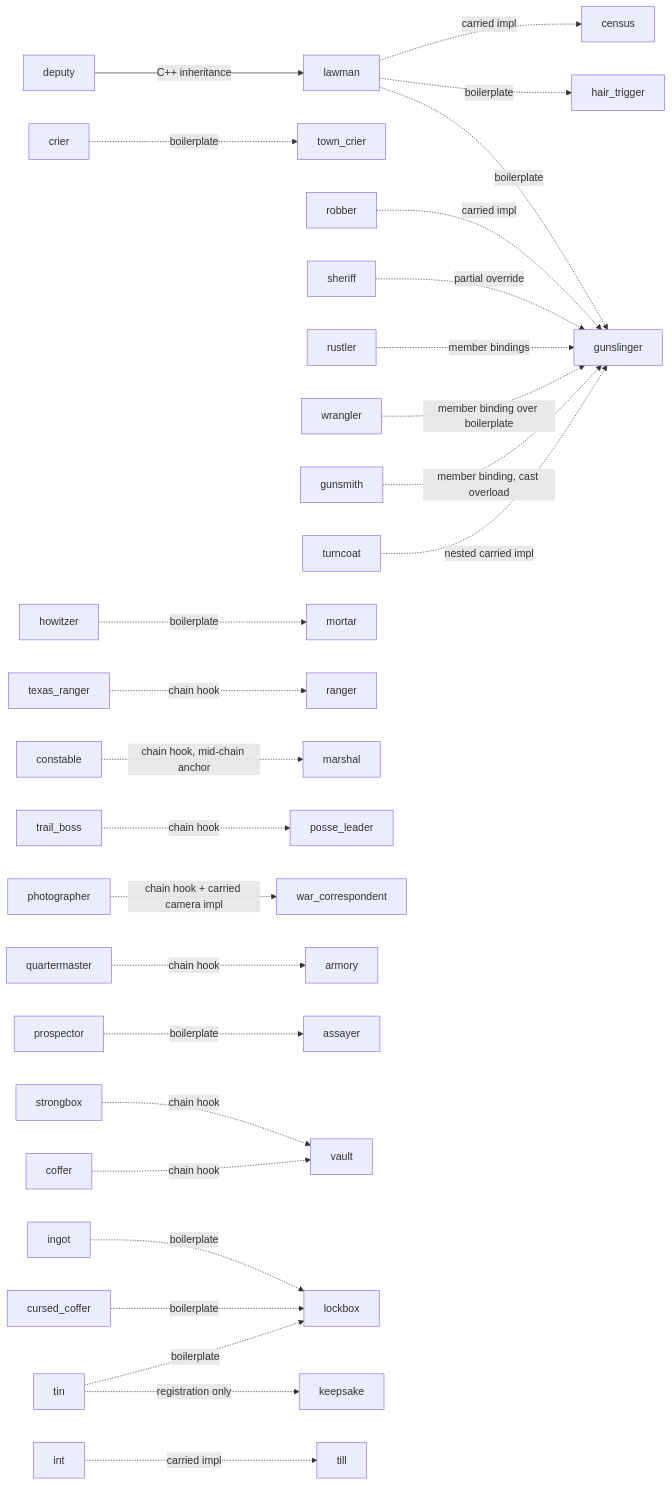
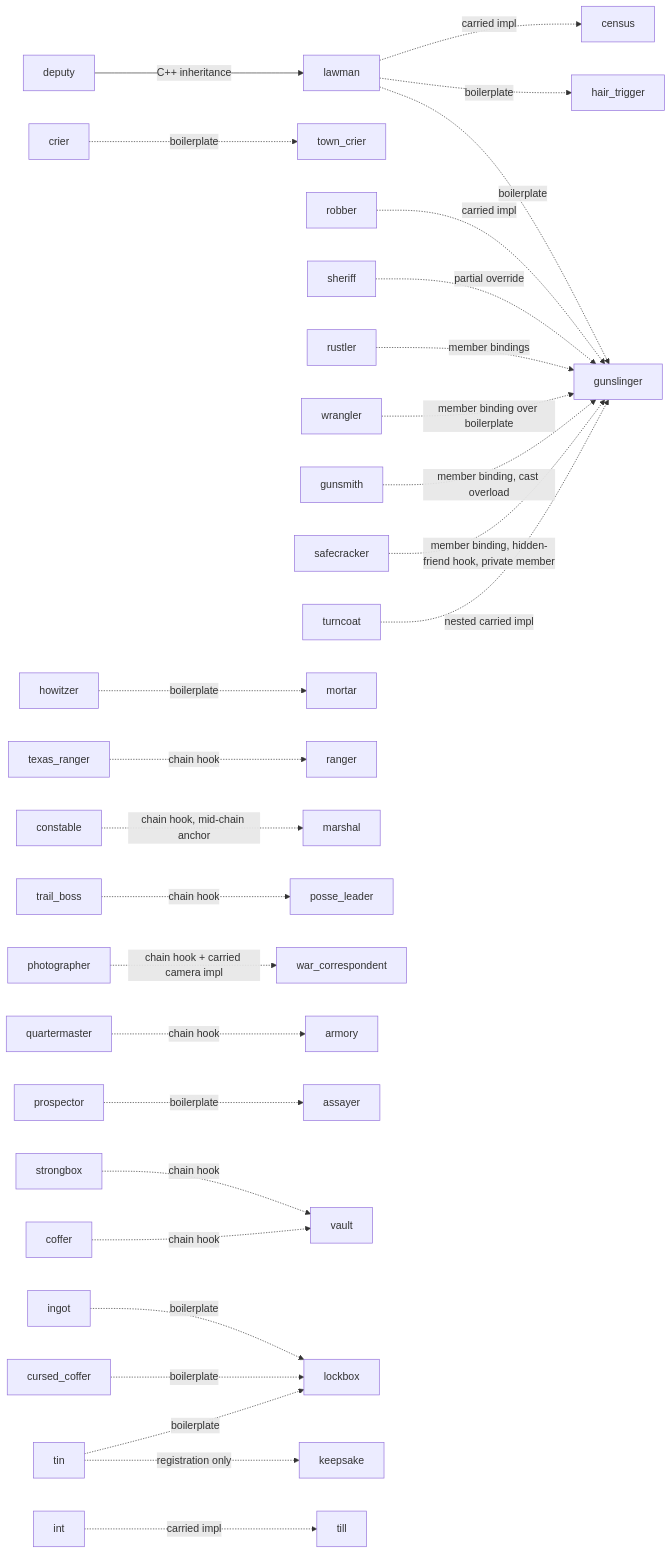
The eighth of 8 diagrams in corvid/meta/invoke/proxy.md (stevensudit/Corvid), drawn with Mermaid before and after one commit. The commit also changed other lines of this file and 2 other files, not shown here.

````diff
--- a/corvid/meta/invoke/proxy.md
+++ b/corvid/meta/invoke/proxy.md
@@ -2064,27 +2085,28 @@
 ```mermaid
 flowchart LR
     lawman -.->|boilerplate| gunslinger & hair_trigger
     lawman -.->|carried impl| census
     crier -.->|boilerplate| town_crier
     deputy -->|C++ inheritance| lawman
     robber -.->|carried impl| gunslinger
     sheriff -.->|partial override| gunslinger
     rustler -.->|member bindings| gunslinger
     wrangler -.->|member binding over boilerplate| gunslinger
     gunsmith -.->|member binding, cast overload| gunslinger
+    safecracker -.->|member binding, hidden-friend hook, private member| gunslinger
     turncoat -.->|nested carried impl| gunslinger
     howitzer -.->|boilerplate| mortar
     texas_ranger -.->|chain hook| ranger
     constable -.->|"chain hook, mid-chain anchor"| marshal
     trail_boss -.->|chain hook| posse_leader
     photographer -.->|"chain hook + carried camera impl"| war_correspondent
     quartermaster -.->|chain hook| armory
     prospector -.->|boilerplate| assayer
     strongbox -.->|chain hook| vault
     coffer -.->|chain hook| vault
     ingot -.->|boilerplate| lockbox
     cursed_coffer -.->|boilerplate| lockbox
     tin -.->|boilerplate| lockbox
     tin -.->|registration only| keepsake
     int -.->|carried impl| till
 ```
````
